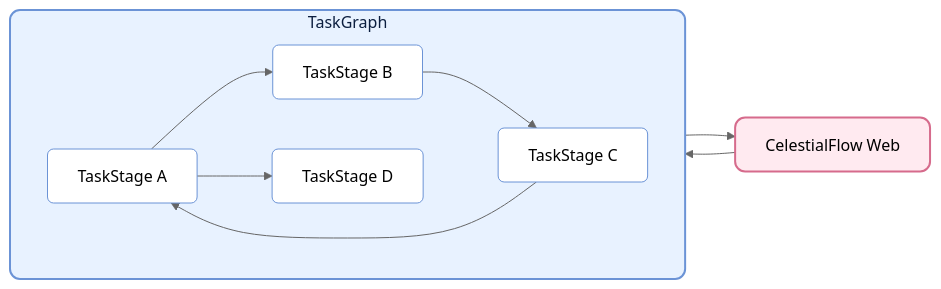
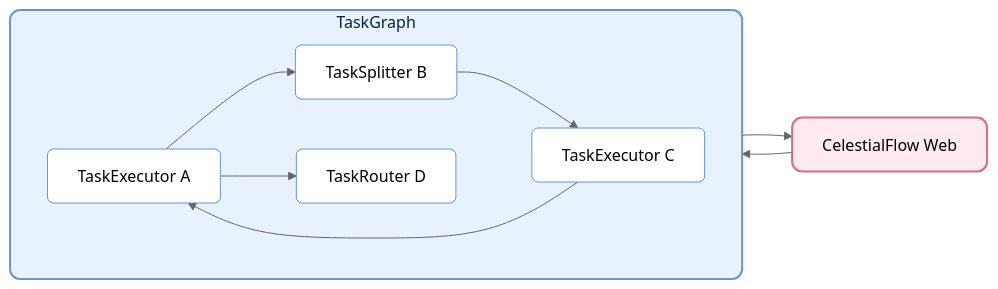
One commit to Mr-xiaotian/CelestialFlow changed the first of 2 diagrams in docs/ja/README.md. Above: the diagram before and after it, drawn with Mermaid (neutral theme). The commit also changed other lines of this file and 181 other files, not shown here.

````diff
--- a/docs/ja/README.md
+++ b/docs/ja/README.md
@@ -56,33 +61,33 @@
 ```mermaid
 flowchart LR
 
     %% ===== TaskGraph =====
     subgraph TG[TaskGraph]
         direction LR
 
-        S1[TaskStage A]
-        S2[TaskStage B]
-        S3[TaskStage C]
-        S4[TaskStage D]
+        S1[TaskExecutor A]
+        S2[TaskSplitter B]
+        S3[TaskExecutor C]
+        S4[TaskRouter D]
 
         S1 --> S2 --> S3 --> S1
         S1 --> S4
 
     end
 
-    %% 美化 TaskGraph 外框
+    %% TaskGraph 外枠を美化
     style TG fill:#e8f2ff,stroke:#6b93d6,stroke-width:2px,color:#0b1e3f,rx:10px,ry:10px
 
-    %% 统一美化格式
+    %% 統一美化形式
     classDef blueNode fill:#ffffff,stroke:#6b93d6,rx:6px,ry:6px;
 
-    %% 美化 TaskStages
+    %% TaskNodes を美化
     class S1,S2,S3,S4 blueNode;
 
     %% ===== Links =====
     TG --> CFB[CelestialFlow Web]
-    CFB --> TG 
+    CFB --> TG
 
     style CFB fill:#ffeaf0,stroke:#d66b8c,stroke-width:2px,rx:10px,ry:10px
 
 ```
````
